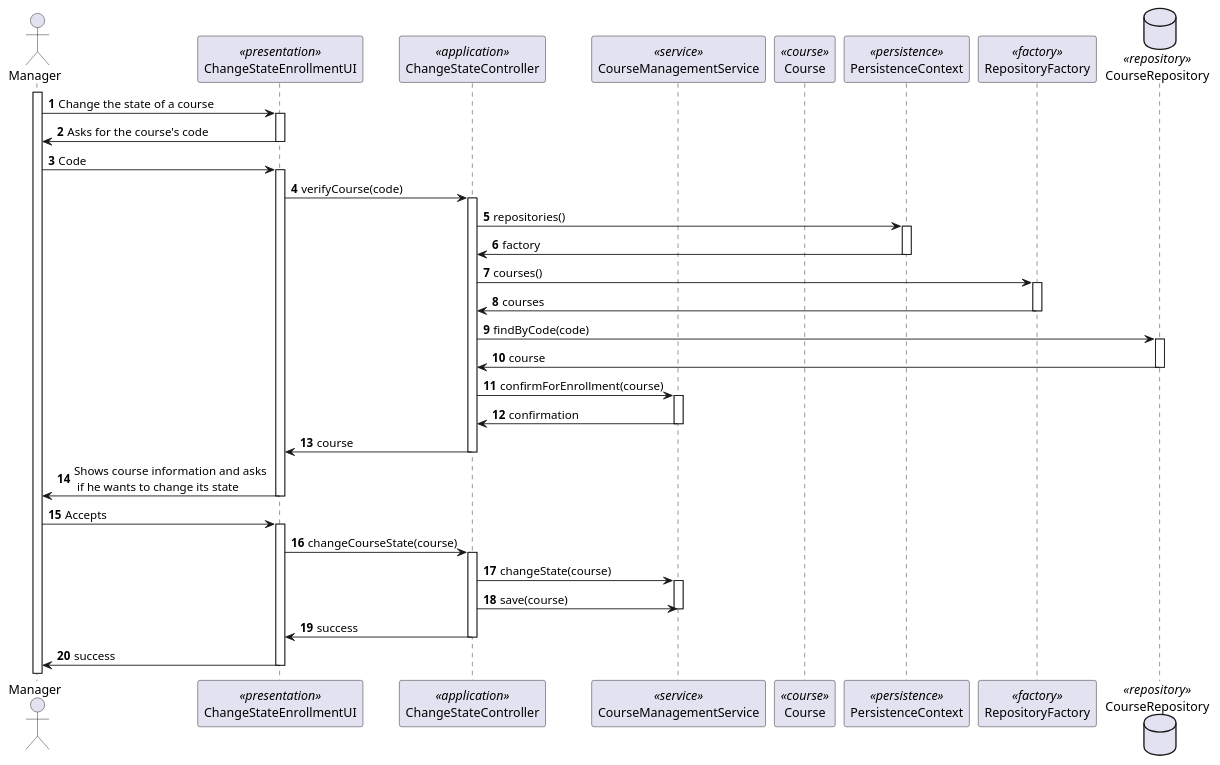
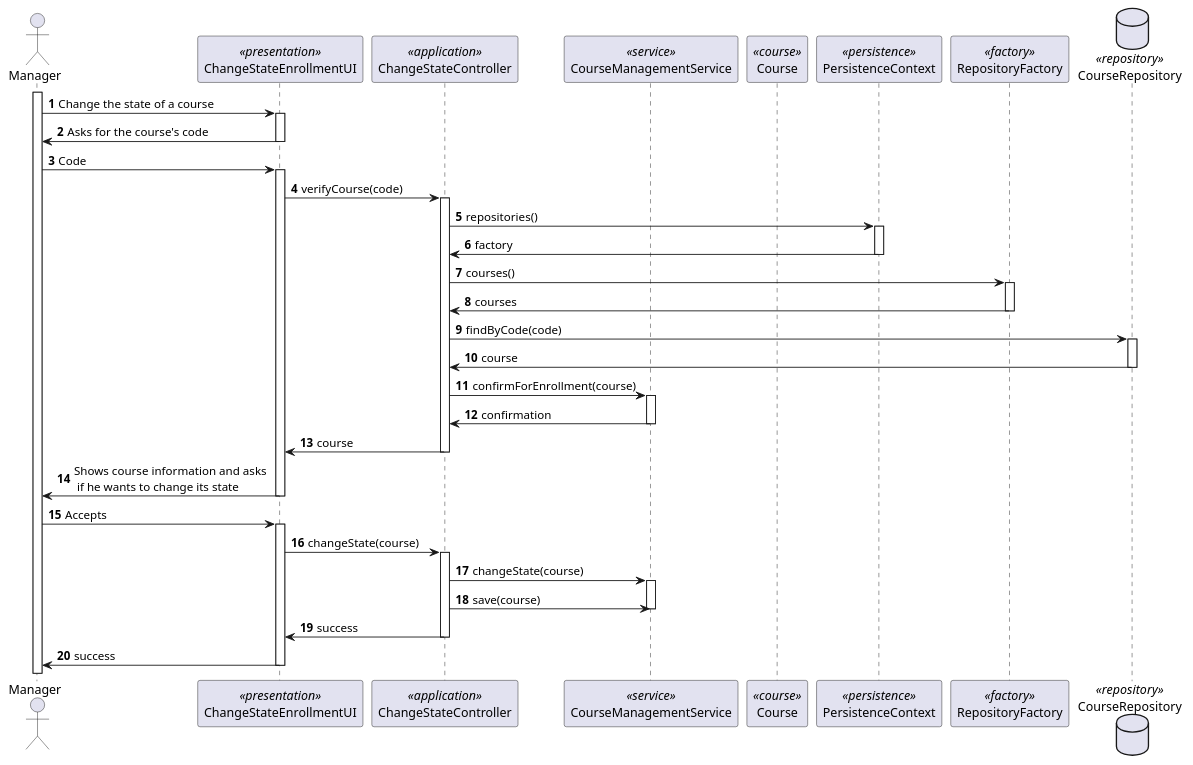
The diagram in docs/SPRINT B/US_1003/SD/SD.puml (brunacosta03/sem4pi_22_23), drawn with PlantUML before and after one commit. The commit also changed 2 other files, not shown here.

```diff
--- a/docs/SPRINT B/US_1003/SD/SD.puml
+++ b/docs/SPRINT B/US_1003/SD/SD.puml
@@ -1,96 +1,96 @@
 @startuml
 actor Manager
 
 autonumber
 
 participant ChangeStateEnrollmentUI <<presentation>>
 participant ChangeStateController<<application>>
 participant CourseManagementService<<service>>
 participant Course<<course>>
 participant PersistenceContext<<persistence>>
 participant RepositoryFactory<<factory>>
 database CourseRepository <<repository>>
 
 activate Manager
 
 Manager -> ChangeStateEnrollmentUI : Change the state of a course
 
 activate ChangeStateEnrollmentUI
 
 ChangeStateEnrollmentUI -> Manager : Asks for the course's code
 
 deactivate ChangeStateEnrollmentUI
 
 Manager -> ChangeStateEnrollmentUI : Code
 
 activate ChangeStateEnrollmentUI
 
 ChangeStateEnrollmentUI -> ChangeStateController : verifyCourse(code)
 
 activate ChangeStateController
 
 ChangeStateController -> PersistenceContext : repositories()
 
 activate PersistenceContext
 
 PersistenceContext -> ChangeStateController : factory
 
 deactivate PersistenceContext
 
 ChangeStateController -> RepositoryFactory : courses()
 
 activate RepositoryFactory
 
 RepositoryFactory -> ChangeStateController : courses
 
 deactivate RepositoryFactory
 
 ChangeStateController -> CourseRepository : findByCode(code)
 
 activate CourseRepository
 
 CourseRepository ->ChangeStateController : course
 
 deactivate CourseRepository
 
 ChangeStateController -> CourseManagementService : confirmForEnrollment(course)
 
 activate CourseManagementService
 
 CourseManagementService -> ChangeStateController : confirmation
 
 deactivate CourseManagementService
 
 ChangeStateController -> ChangeStateEnrollmentUI : course
 
 deactivate ChangeStateController
 
 ChangeStateEnrollmentUI -> Manager : Shows course information and asks \n if he wants to change its state
 
 deactivate ChangeStateEnrollmentUI
 
 Manager -> ChangeStateEnrollmentUI : Accepts
 
 activate ChangeStateEnrollmentUI
 
-ChangeStateEnrollmentUI -> ChangeStateController : changeCourseState(course)
+ChangeStateEnrollmentUI -> ChangeStateController : changeState(course)
 
 activate ChangeStateController
 
 ChangeStateController -> CourseManagementService : changeState(course)
 
 activate CourseManagementService
 
 ChangeStateController -> CourseManagementService : save(course)
 
 deactivate CourseManagementService
 
 ChangeStateController -> ChangeStateEnrollmentUI : success
 
 deactivate ChangeStateController
 
 ChangeStateEnrollmentUI -> Manager : success
 
 deactivate ChangeStateEnrollmentUI
 
 @enduml
```
